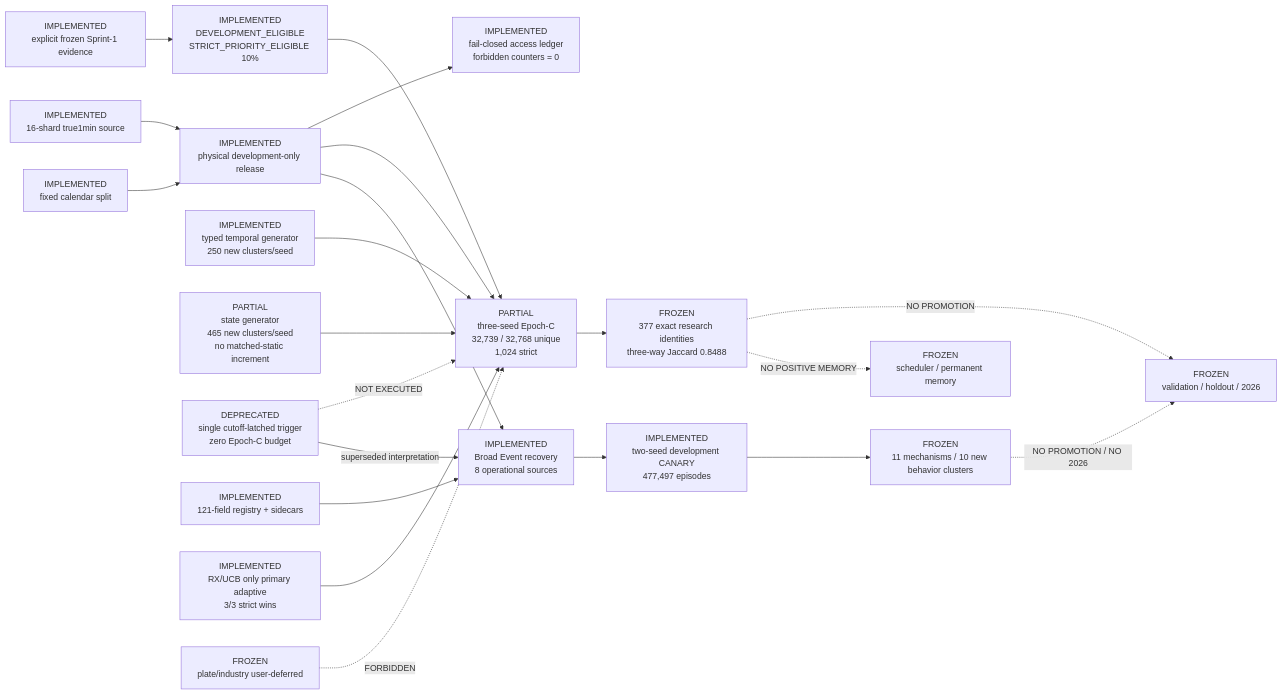
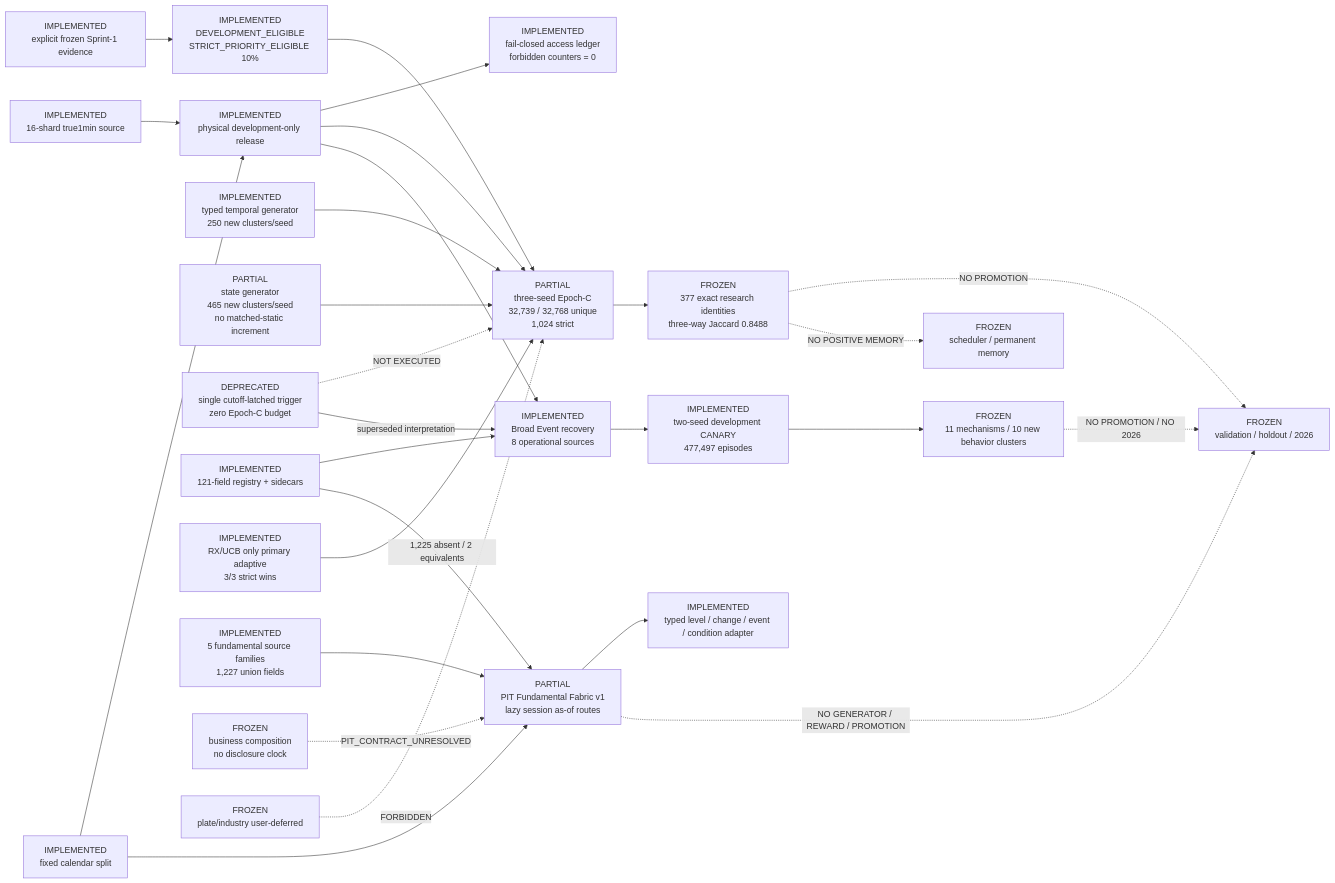
The diagram in .planning/architecture/CURRENT_ARCHITECTURE.md (weisssschnee/alpha-pit-engine-v2), drawn with Mermaid before and after one commit. The commit also changed other lines of this file and 19 other files, not shown here.

Commit message:
feat: close PIT fundamental fabric audit

````diff
--- a/.planning/architecture/CURRENT_ARCHITECTURE.md
+++ b/.planning/architecture/CURRENT_ARCHITECTURE.md
@@ -16,25 +16,31 @@
 ```mermaid
 flowchart LR
     DATA["IMPLEMENTED<br/>16-shard true1min source"] --> DEV["IMPLEMENTED<br/>physical development-only release"]
     SPLIT["IMPLEMENTED<br/>fixed calendar split"] --> DEV
     DEV --> LEDGER["IMPLEMENTED<br/>fail-closed access ledger<br/>forbidden counters = 0"]
     DEV --> EPOCHC["PARTIAL<br/>three-seed Epoch-C<br/>32,739 / 32,768 unique<br/>1,024 strict"]
 
     EVIDENCE["IMPLEMENTED<br/>explicit frozen Sprint-1 evidence"] --> SELECTOR["IMPLEMENTED<br/>DEVELOPMENT_ELIGIBLE<br/>STRICT_PRIORITY_ELIGIBLE 10%"]
     SELECTOR --> EPOCHC
     TEMPORAL["IMPLEMENTED<br/>typed temporal generator<br/>250 new clusters/seed"] --> EPOCHC
     STATE["PARTIAL<br/>state generator<br/>465 new clusters/seed<br/>no matched-static increment"] --> EPOCHC
     LEGACY_EVENT["DEPRECATED<br/>single cutoff-latched trigger<br/>zero Epoch-C budget"] -. "NOT EXECUTED" .-> EPOCHC
     FIELDS["IMPLEMENTED<br/>121-field registry + sidecars"] --> BROAD_EVENT["IMPLEMENTED<br/>Broad Event recovery<br/>8 operational sources"]
     LEGACY_EVENT -->|"superseded interpretation"| BROAD_EVENT
     DEV --> BROAD_EVENT
     RX["IMPLEMENTED<br/>RX/UCB only primary adaptive<br/>3/3 strict wins"] --> EPOCHC
 
     EPOCHC --> PACK["FROZEN<br/>377 exact research identities<br/>three-way Jaccard 0.8488"]
     PACK -. "NO PROMOTION" .-> SEALED["FROZEN<br/>validation / holdout / 2026"]
     PACK -. "NO POSITIVE MEMORY" .-> MEMORY["FROZEN<br/>scheduler / permanent memory"]
     BROAD_EVENT --> EVENT_CANARY["IMPLEMENTED<br/>two-seed development CANARY<br/>477,497 episodes"]
     EVENT_CANARY --> EVENT_PACK["FROZEN<br/>11 mechanisms / 10 new behavior clusters"]
     EVENT_PACK -. "NO PROMOTION / NO 2026" .-> SEALED
+    FUND_SOURCE["IMPLEMENTED<br/>5 fundamental source families<br/>1,227 union fields"] --> FUND_FABRIC["PARTIAL<br/>PIT Fundamental Fabric v1<br/>lazy session as-of routes"]
+    SPLIT --> FUND_FABRIC
+    FIELDS -->|"1,225 absent / 2 equivalents"| FUND_FABRIC
+    FUND_FABRIC --> FEATURE_FABRIC["IMPLEMENTED<br/>typed level / change / event / condition adapter"]
+    FUND_FABRIC -. "NO GENERATOR / REWARD / PROMOTION" .-> SEALED
+    ZYGC["FROZEN<br/>business composition<br/>no disclosure clock"] -. "PIT_CONTRACT_UNRESOLVED" .-> FUND_FABRIC
     PLATE["FROZEN<br/>plate/industry user-deferred"] -. "FORBIDDEN" .-> EPOCHC
 ```
````
